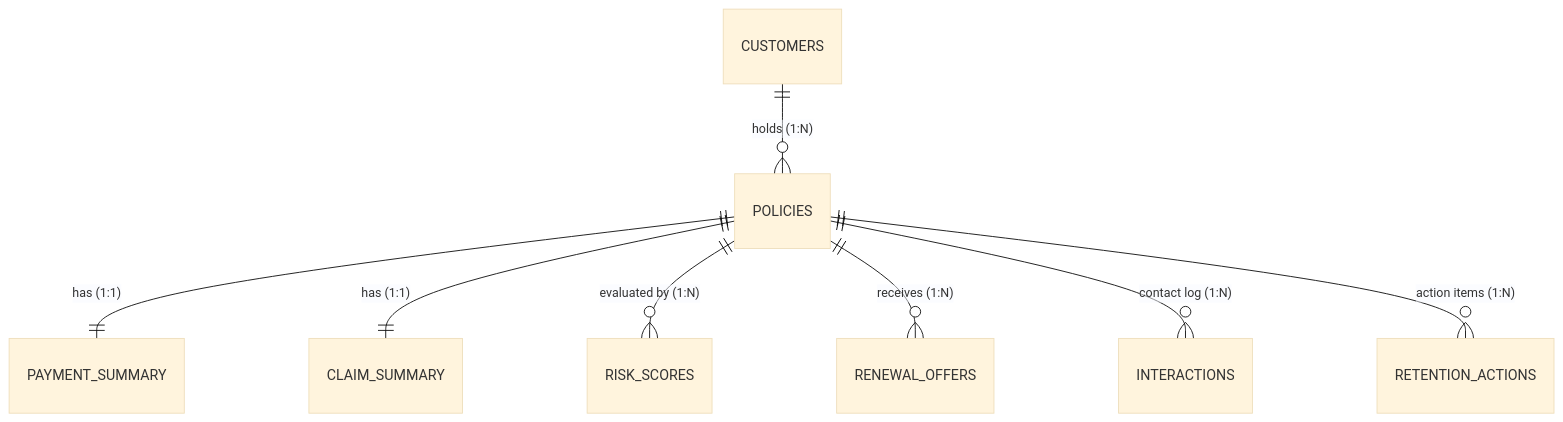
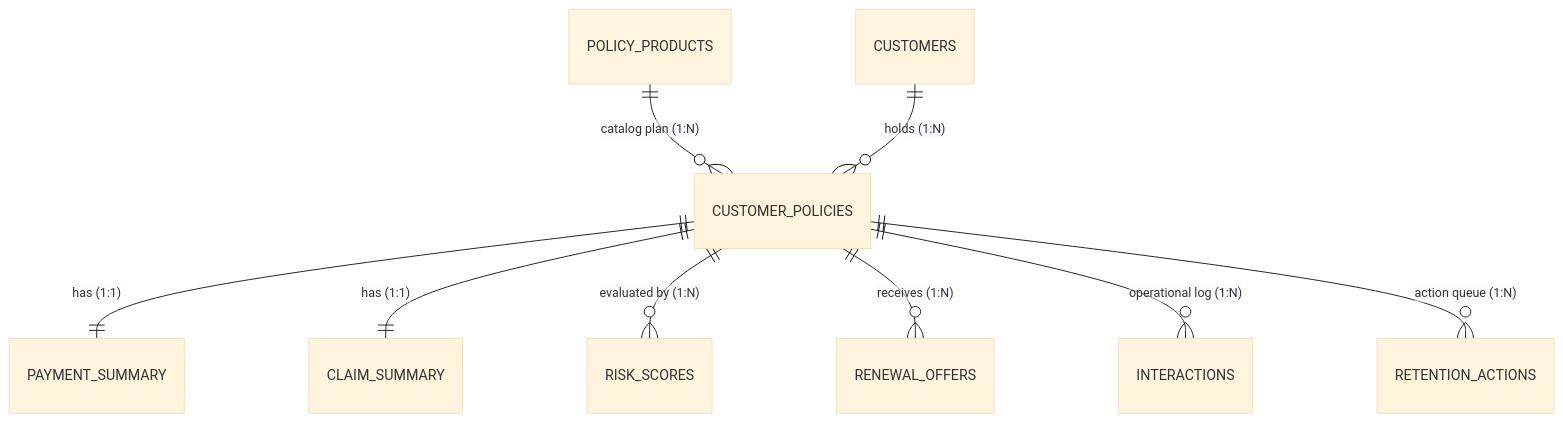
The diagram in database/README.md (ayussh176/Nice), drawn with Mermaid (base theme) before and after one commit. The commit also changed other lines of this file and 797 other files, not shown here.

````diff
--- a/database/README.md
+++ b/database/README.md
@@ -52,10 +68,11 @@
 ```mermaid
 erDiagram
-    CUSTOMERS ||--o{ POLICIES : "holds (1:N)"
-    POLICIES ||--|| PAYMENT_SUMMARY : "has (1:1)"
-    POLICIES ||--|| CLAIM_SUMMARY : "has (1:1)"
-    POLICIES ||--o{ RISK_SCORES : "evaluated by (1:N)"
-    POLICIES ||--o{ RENEWAL_OFFERS : "receives (1:N)"
-    POLICIES ||--o{ INTERACTIONS : "contact log (1:N)"
-    POLICIES ||--o{ RETENTION_ACTIONS : "action items (1:N)"
+    POLICY_PRODUCTS ||--o{ CUSTOMER_POLICIES : "catalog plan (1:N)"
+    CUSTOMERS ||--o{ CUSTOMER_POLICIES : "holds (1:N)"
+    CUSTOMER_POLICIES ||--|| PAYMENT_SUMMARY : "has (1:1)"
+    CUSTOMER_POLICIES ||--|| CLAIM_SUMMARY : "has (1:1)"
+    CUSTOMER_POLICIES ||--o{ RISK_SCORES : "evaluated by (1:N)"
+    CUSTOMER_POLICIES ||--o{ RENEWAL_OFFERS : "receives (1:N)"
+    CUSTOMER_POLICIES ||--o{ INTERACTIONS : "operational log (1:N)"
+    CUSTOMER_POLICIES ||--o{ RETENTION_ACTIONS : "action queue (1:N)"
 ```
````
